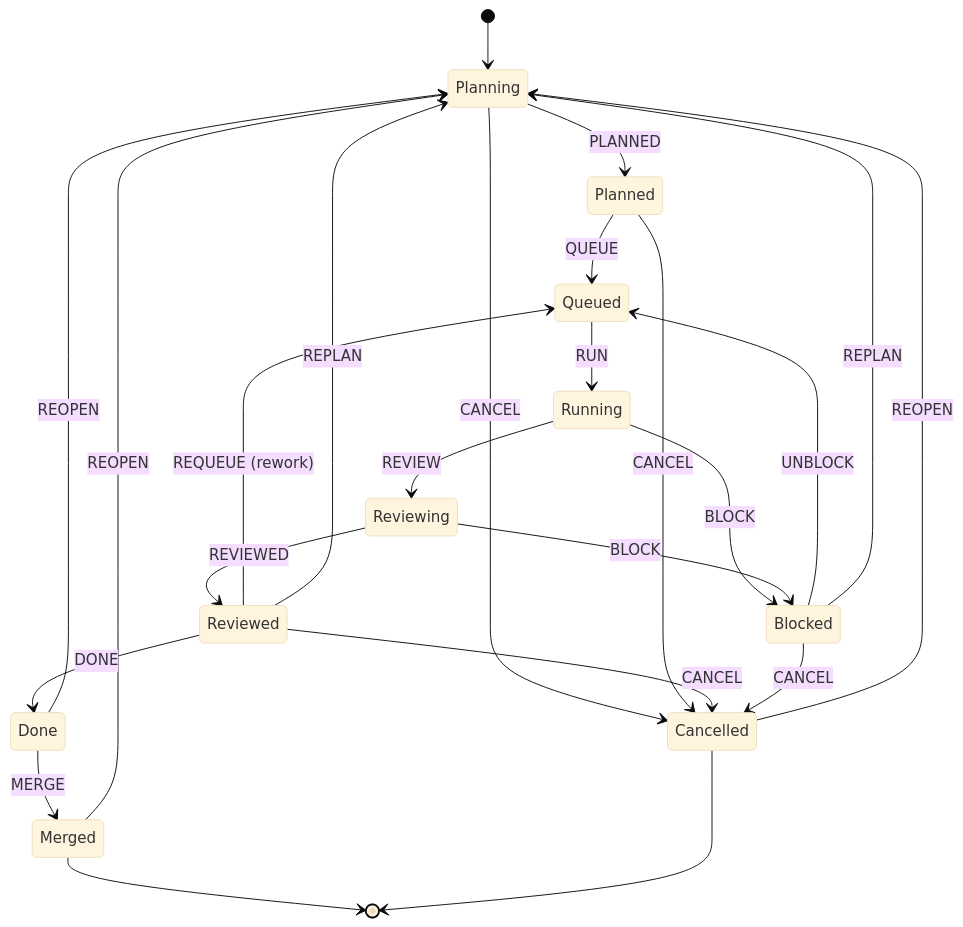
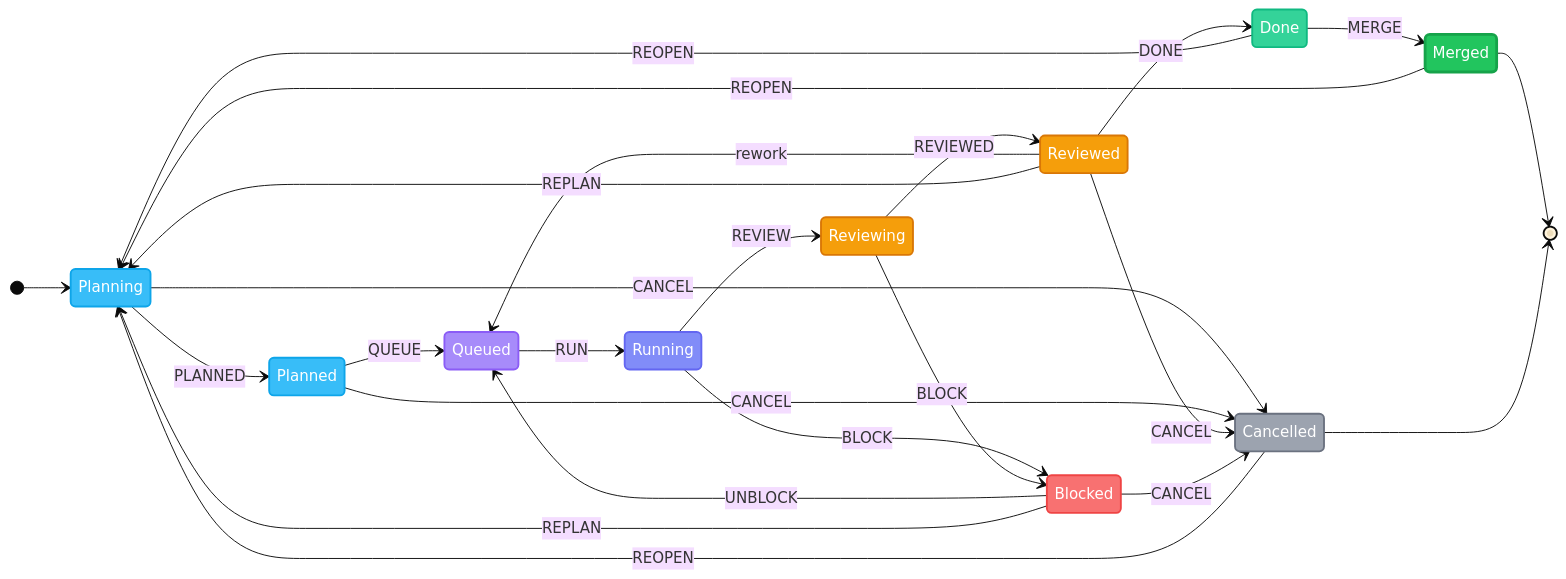
Before and after one commit to forattini-dev/fifony: the diagram in README.md, drawn with Mermaid (base theme).

Commit message:
docs: colorize Mermaid lifecycle diagram

````diff
--- a/README.md
+++ b/README.md
@@ -35,31 +35,51 @@
 ```mermaid
 stateDiagram-v2
+    direction LR
+
+    classDef planning fill:#38bdf8,color:#fff,stroke:#0ea5e9,stroke-width:2px
+    classDef queued fill:#a78bfa,color:#fff,stroke:#8b5cf6,stroke-width:2px
+    classDef running fill:#818cf8,color:#fff,stroke:#6366f1,stroke-width:2px
+    classDef review fill:#f59e0b,color:#fff,stroke:#d97706,stroke-width:2px
+    classDef done fill:#34d399,color:#fff,stroke:#10b981,stroke-width:2px
+    classDef merged fill:#22c55e,color:#fff,stroke:#16a34a,stroke-width:3px
+    classDef blocked fill:#f87171,color:#fff,stroke:#ef4444,stroke-width:2px
+    classDef cancelled fill:#9ca3af,color:#fff,stroke:#6b7280,stroke-width:2px
+
     [*] --> Planning
     Planning --> Planned: PLANNED
     Planned --> Queued: QUEUE
     Queued --> Running: RUN
     Running --> Reviewing: REVIEW
     Reviewing --> Reviewed: REVIEWED
     Reviewed --> Done: DONE
     Done --> Merged: MERGE
 
     Running --> Blocked: BLOCK
     Reviewing --> Blocked: BLOCK
     Blocked --> Queued: UNBLOCK
     Blocked --> Planning: REPLAN
 
-    Reviewed --> Queued: REQUEUE (rework)
+    Reviewed --> Queued: rework
     Reviewed --> Planning: REPLAN
 
     Done --> Planning: REOPEN
     Merged --> Planning: REOPEN
 
     Planning --> Cancelled: CANCEL
     Planned --> Cancelled: CANCEL
     Reviewed --> Cancelled: CANCEL
     Blocked --> Cancelled: CANCEL
     Cancelled --> Planning: REOPEN
 
     Merged --> [*]
     Cancelled --> [*]
+
+    class Planning,Planned planning
+    class Queued queued
+    class Running running
+    class Reviewing,Reviewed review
+    class Done done
+    class Merged merged
+    class Blocked blocked
+    class Cancelled cancelled
 ```
````
